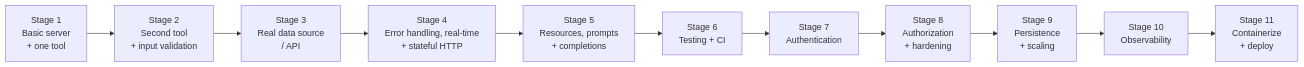
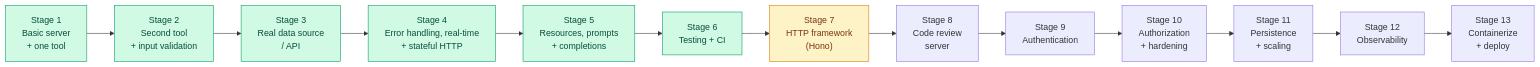
Before and after one commit to shadmaanAsif/MCP-Explorer: the diagram in README.md, drawn with Mermaid. The commit also changed other lines of this file and 9 other files, not shown here.

First line of the commit message:
Stage 7: HTTP framework (Hono) (#15)

````diff
--- a/README.md
+++ b/README.md
@@ -72,13 +73,20 @@
 ```mermaid
 flowchart LR
     S1["Stage 1<br/>Basic server<br/>+ one tool"] --> S2["Stage 2<br/>Second tool<br/>+ input validation"]
     S2 --> S3["Stage 3<br/>Real data source<br/>/ API"]
     S3 --> S4["Stage 4<br/>Error handling, real-time<br/>+ stateful HTTP"]
     S4 --> S5["Stage 5<br/>Resources, prompts<br/>+ completions"]
     S5 --> S6["Stage 6<br/>Testing + CI"]
-    S6 --> S7["Stage 7<br/>Authentication"]
-    S7 --> S8["Stage 8<br/>Authorization<br/>+ hardening"]
-    S8 --> S9["Stage 9<br/>Persistence<br/>+ scaling"]
-    S9 --> S10["Stage 10<br/>Observability"]
-    S10 --> S11["Stage 11<br/>Containerize<br/>+ deploy"]
+    S6 --> S7["Stage 7<br/>HTTP framework<br/>(Hono)"]
+    S7 --> S8["Stage 8<br/>Code review<br/>server"]
+    S8 --> S9["Stage 9<br/>Authentication"]
+    S9 --> S10["Stage 10<br/>Authorization<br/>+ hardening"]
+    S10 --> S11["Stage 11<br/>Persistence<br/>+ scaling"]
+    S11 --> S12["Stage 12<br/>Observability"]
+    S12 --> S13["Stage 13<br/>Containerize<br/>+ deploy"]
+
+    classDef built fill:#d1fae5,stroke:#059669,color:#064e3b
+    classDef current fill:#fef3c7,stroke:#d97706,color:#78350f
+    class S1,S2,S3,S4,S5,S6 built
+    class S7 current
 ```
````
